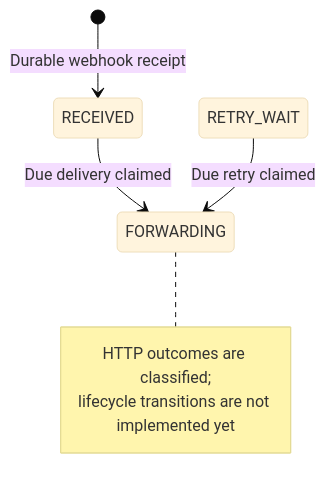
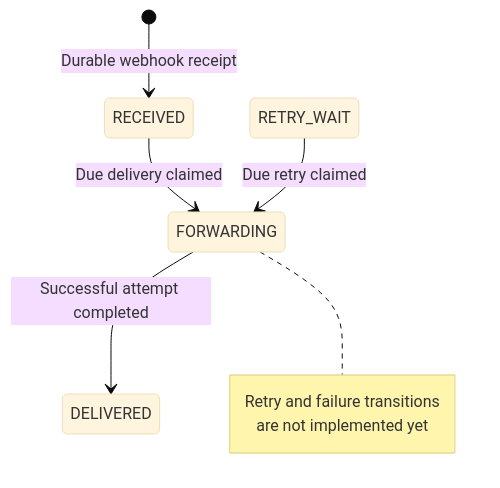
One commit to PietroRussoD/commerce-integration-hub changed the first of 2 diagrams in docs/gateway-delivery-lifecycle.md. Above: the diagram before and after it, drawn with Mermaid (base theme). The commit also changed other lines of this file and 8 other files, not shown here.

````diff
--- a/docs/gateway-delivery-lifecycle.md
+++ b/docs/gateway-delivery-lifecycle.md
@@ -9,11 +10,12 @@
 ```mermaid
 stateDiagram-v2
     [*] --> RECEIVED: Durable webhook receipt
     RECEIVED --> FORWARDING: Due delivery claimed
     RETRY_WAIT --> FORWARDING: Due retry claimed
+    FORWARDING --> DELIVERED: Successful attempt completed
 
     note right of FORWARDING
-        HTTP outcomes are classified;
-        lifecycle transitions are not implemented yet
+        Retry and failure transitions
+        are not implemented yet
     end note
 ```
````
